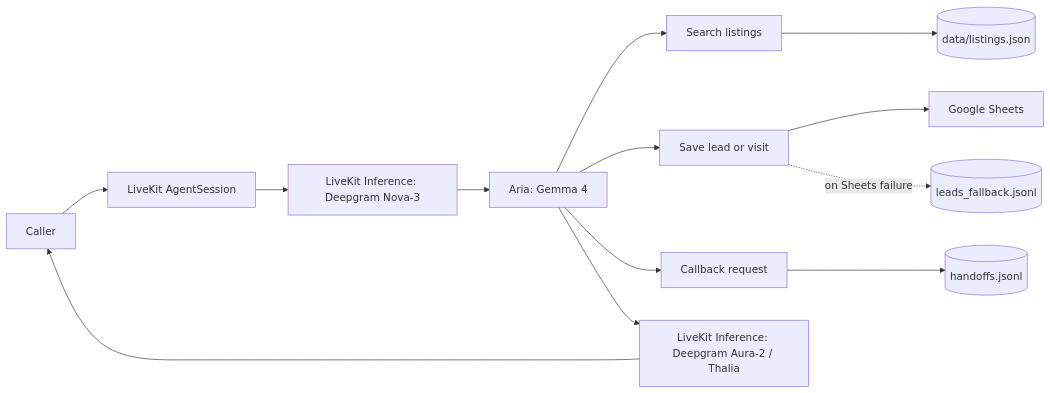
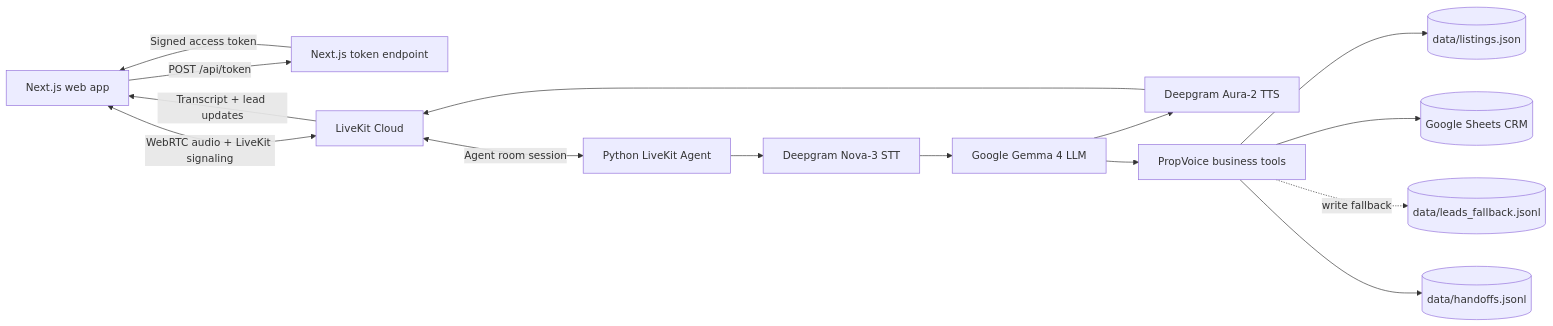
One commit to sudharsan1094/propvoice-realestate-voice-agent changed the diagram in README.md. Above: the diagram before and after it, drawn with Mermaid. The commit also changed other lines of this file and 10 other files, not shown here.

Commit message:
feat: complete PropVoice demo docs and city inventory

````diff
--- a/README.md
+++ b/README.md
@@ -14,15 +57,17 @@
 ```mermaid
 flowchart LR
-  Caller --> Session[LiveKit AgentSession]
-  Session --> STT[LiveKit Inference: Deepgram Nova-3]
-  STT --> Aria[Aria: Gemma 4]
-  Aria --> Search[Search listings]
-  Search --> Data[(data/listings.json)]
-  Aria --> CRM[Save lead or visit]
-  CRM --> Sheets[Google Sheets]
-  CRM -. on Sheets failure .-> Fallback[(leads_fallback.jsonl)]
-  Aria --> Handoff[Callback request]
-  Handoff --> Log[(handoffs.jsonl)]
-  Aria --> TTS[LiveKit Inference: Deepgram Aura-2 / Thalia]
-  TTS --> Caller
+    Browser[Next.js web app] -->|POST /api/token| Token[Next.js token endpoint]
+    Token -->|Signed access token| Browser
+    Browser <-->|WebRTC audio + LiveKit signaling| LK[LiveKit Cloud]
+    LK <-->|Agent room session| Worker[Python LiveKit Agent]
+    Worker --> STT[Deepgram Nova-3 STT]
+    STT --> LLM[Google Gemma 4 LLM]
+    LLM --> TTS[Deepgram Aura-2 TTS]
+    TTS --> LK
+    LLM --> Tools[PropVoice business tools]
+    Tools --> Listings[(data/listings.json)]
+    Tools --> Sheets[(Google Sheets CRM)]
+    Tools -. write fallback .-> JSONL[(data/leads_fallback.jsonl)]
+    Tools --> Handoff[(data/handoffs.jsonl)]
+    LK -->|Transcript + lead updates| Browser
 ```
````
